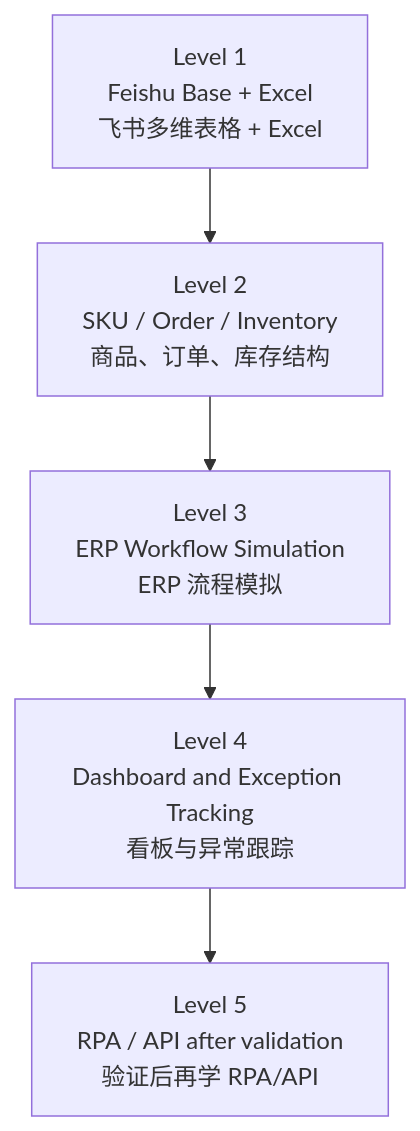
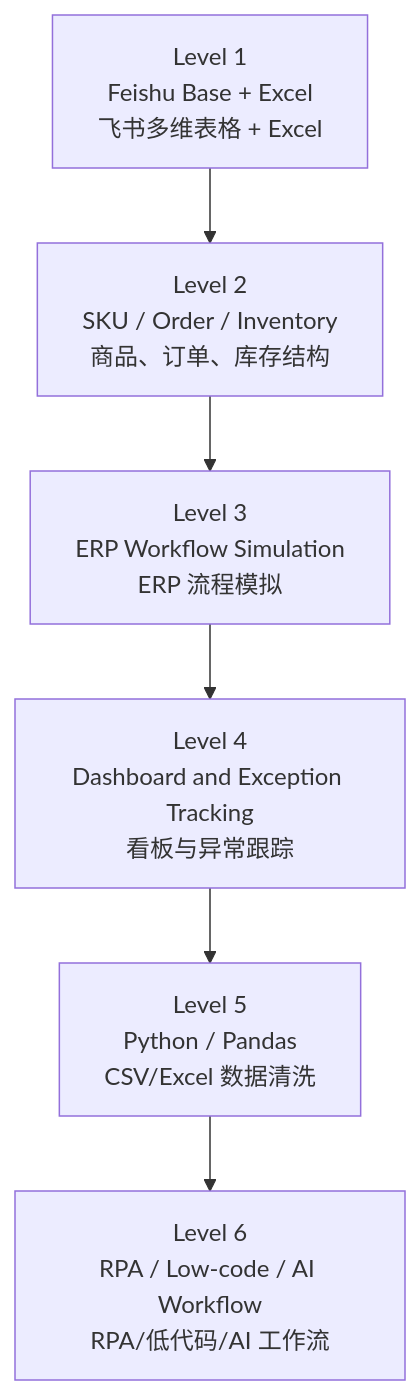
The second of 3 diagrams in task-plans/01-overall-roadmap.md (sai5585wo/work-plan), drawn with Mermaid before and after one commit. The commit also changed other lines of this file and 6 other files, not shown here.

````diff
--- a/task-plans/01-overall-roadmap.md
+++ b/task-plans/01-overall-roadmap.md
@@ -130,7 +131,8 @@
 ```mermaid
 flowchart TD
     A["Level 1<br/>Feishu Base + Excel<br/>飞书多维表格 + Excel"] --> B["Level 2<br/>SKU / Order / Inventory<br/>商品、订单、库存结构"]
     B --> C["Level 3<br/>ERP Workflow Simulation<br/>ERP 流程模拟"]
     C --> D["Level 4<br/>Dashboard and Exception Tracking<br/>看板与异常跟踪"]
-    D --> E["Level 5<br/>RPA / API after validation<br/>验证后再学 RPA/API"]
+    D --> E["Level 5<br/>Python / Pandas<br/>CSV/Excel 数据清洗"]
+    E --> F["Level 6<br/>RPA / Low-code / AI Workflow<br/>RPA/低代码/AI 工作流"]
 ```
````
